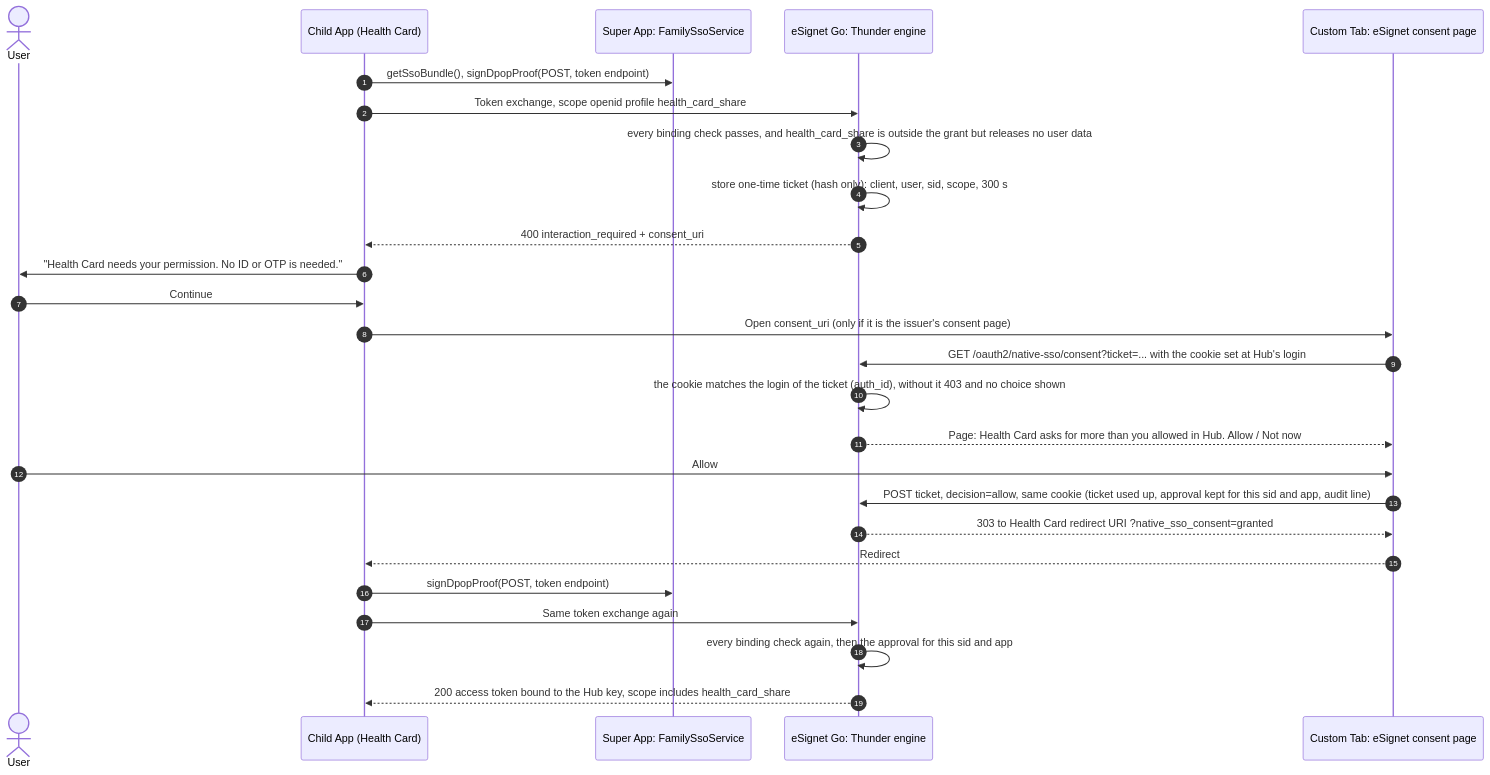
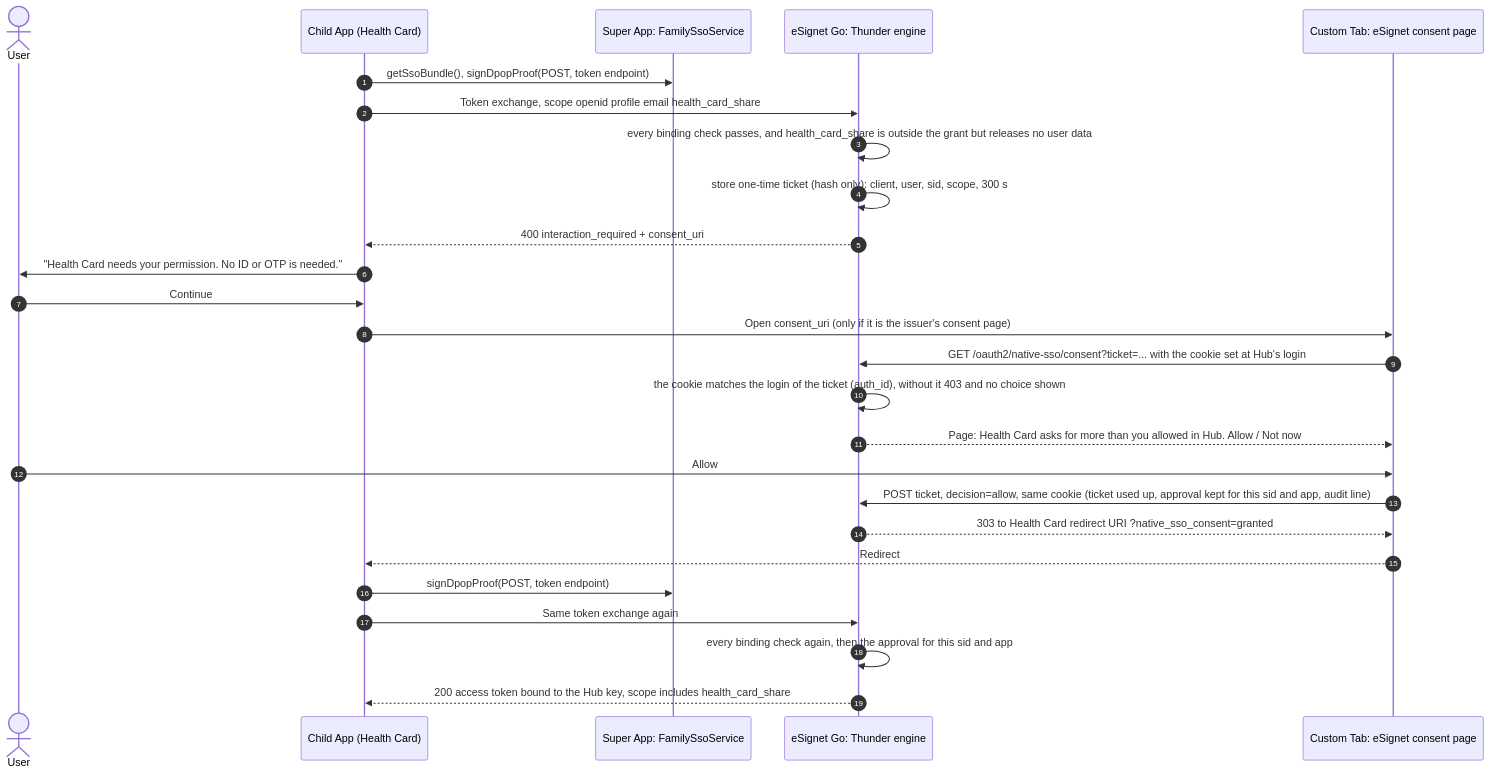
The fifth of 6 diagrams in docs/design.md (Paradox-73/Enable_Native_SSO_in_eSignet_Go_for_Mobile_Apps), drawn with Mermaid before and after one commit. The commit also changed 2 other files, not shown here.

Commit message:
docs: mark the deck ready and show the email scope in the consent-only diagram

````diff
--- a/docs/design.md
+++ b/docs/design.md
@@ -344,29 +344,29 @@
 ```mermaid
 sequenceDiagram
   autonumber
   actor U as User
   participant C as Child App (Health Card)
   participant H as Super App: FamilySsoService
   participant T as eSignet Go: Thunder engine
   participant B as Custom Tab: eSignet consent page
 
   C->>H: getSsoBundle(), signDpopProof(POST, token endpoint)
-  C->>T: Token exchange, scope openid profile health_card_share
+  C->>T: Token exchange, scope openid profile email health_card_share
   T->>T: every binding check passes, and health_card_share is outside the grant but releases no user data
   T->>T: store one-time ticket (hash only): client, user, sid, scope, 300 s
   T-->>C: 400 interaction_required + consent_uri
   C->>U: "Health Card needs your permission. No ID or OTP is needed."
   U->>C: Continue
   C->>B: Open consent_uri (only if it is the issuer's consent page)
   B->>T: GET /oauth2/native-sso/consent?ticket=... with the cookie set at Hub's login
   T->>T: the cookie matches the login of the ticket (auth_id), without it 403 and no choice shown
   T-->>B: Page: Health Card asks for more than you allowed in Hub. Allow / Not now
   U->>B: Allow
   B->>T: POST ticket, decision=allow, same cookie (ticket used up, approval kept for this sid and app, audit line)
   T-->>B: 303 to Health Card redirect URI ?native_sso_consent=granted
   B-->>C: Redirect
   C->>H: signDpopProof(POST, token endpoint)
   C->>T: Same token exchange again
   T->>T: every binding check again, then the approval for this sid and app
   T-->>C: 200 access token bound to the Hub key, scope includes health_card_share
 ```
````
